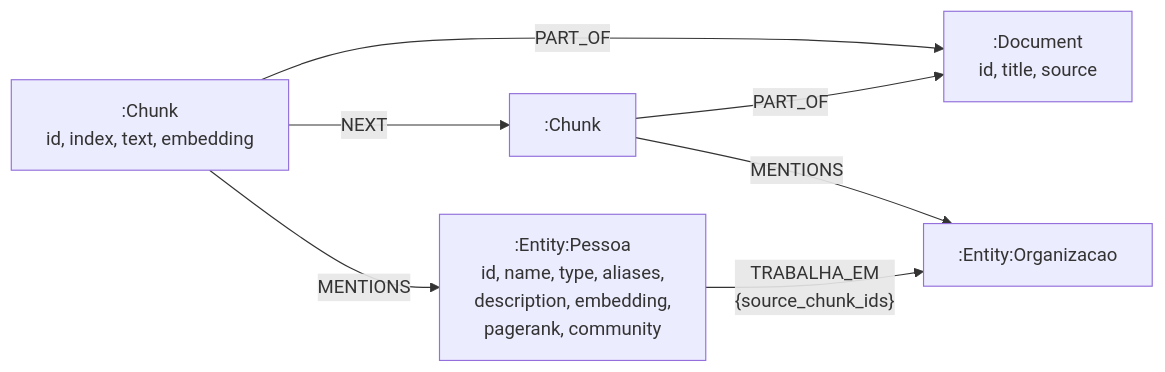
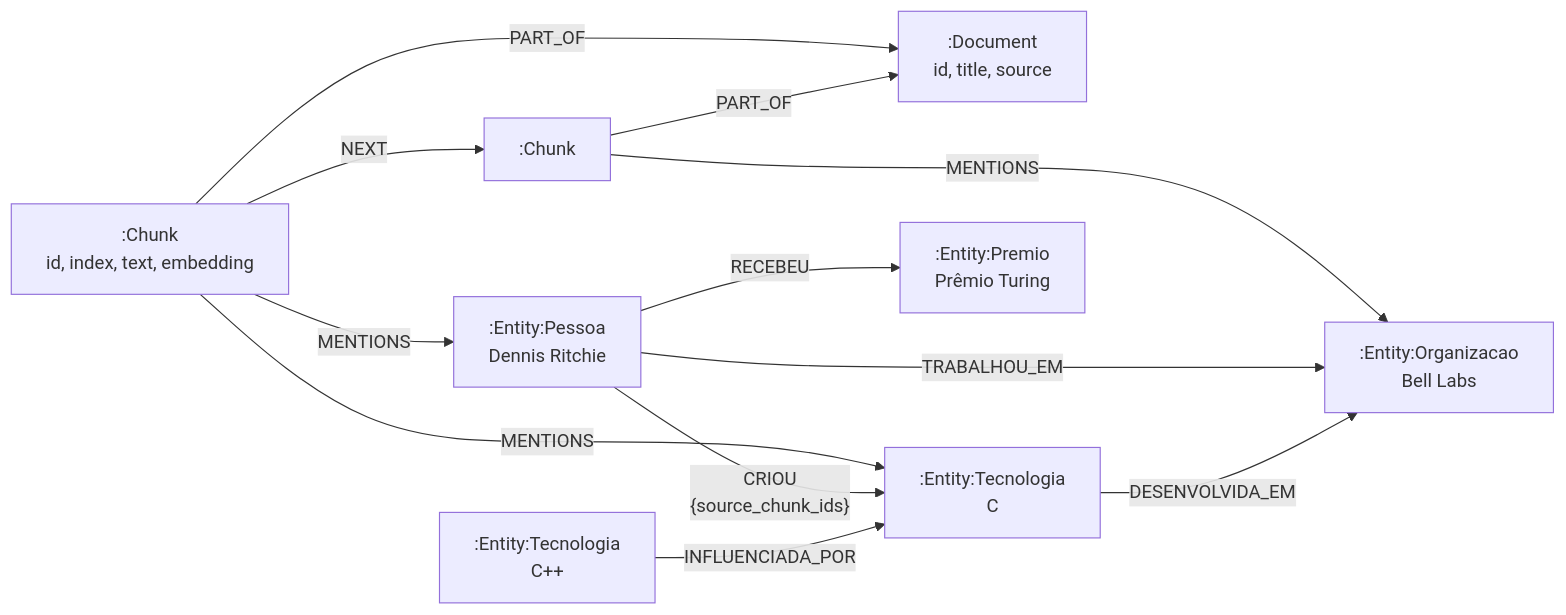
Before and after one commit to VictorbSilva/trabalho-graphrag-kag: the diagram in docs/modelo-do-grafo.md, drawn with Mermaid. The commit also changed other lines of this file and 2 other files, not shown here.

````diff
--- a/docs/modelo-do-grafo.md
+++ b/docs/modelo-do-grafo.md
@@ -16,15 +16,23 @@
 ```mermaid
 graph LR
   D[":Document<br/>id, title, source"]
   C1[":Chunk<br/>id, index, text, embedding"]
   C2[":Chunk"]
-  E1[":Entity:Pessoa<br/>id, name, type, aliases,<br/>description, embedding,<br/>pagerank, community"]
-  E2[":Entity:Organizacao"]
+  P[":Entity:Pessoa<br/>Dennis Ritchie"]
+  T[":Entity:Tecnologia<br/>C"]
+  O[":Entity:Organizacao<br/>Bell Labs"]
+  R[":Entity:Premio<br/>Prêmio Turing"]
+  T2[":Entity:Tecnologia<br/>C++"]
 
   C1 -- PART_OF --> D
   C2 -- PART_OF --> D
   C1 -- NEXT --> C2
-  C1 -- MENTIONS --> E1
-  C2 -- MENTIONS --> E2
-  E1 -- "TRABALHA_EM<br/>{source_chunk_ids}" --> E2
+  C1 -- MENTIONS --> P
+  C1 -- MENTIONS --> T
+  C2 -- MENTIONS --> O
+  P -- "CRIOU<br/>{source_chunk_ids}" --> T
+  P -- TRABALHOU_EM --> O
+  T -- DESENVOLVIDA_EM --> O
+  P -- RECEBEU --> R
+  T2 -- INFLUENCIADA_POR --> T
 ```
````
